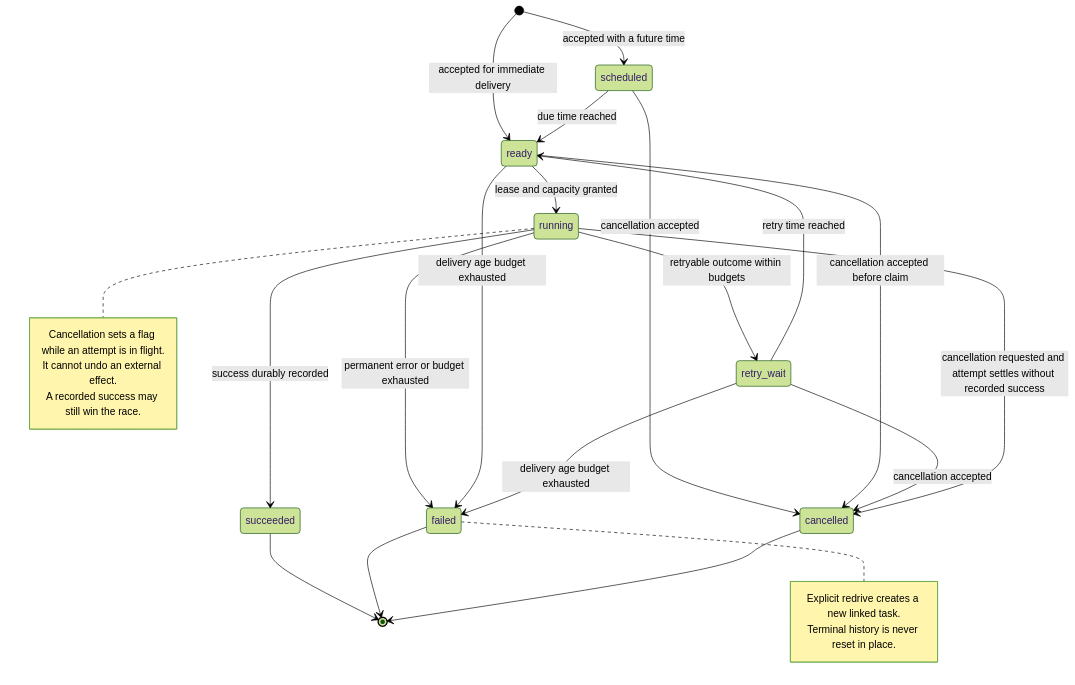
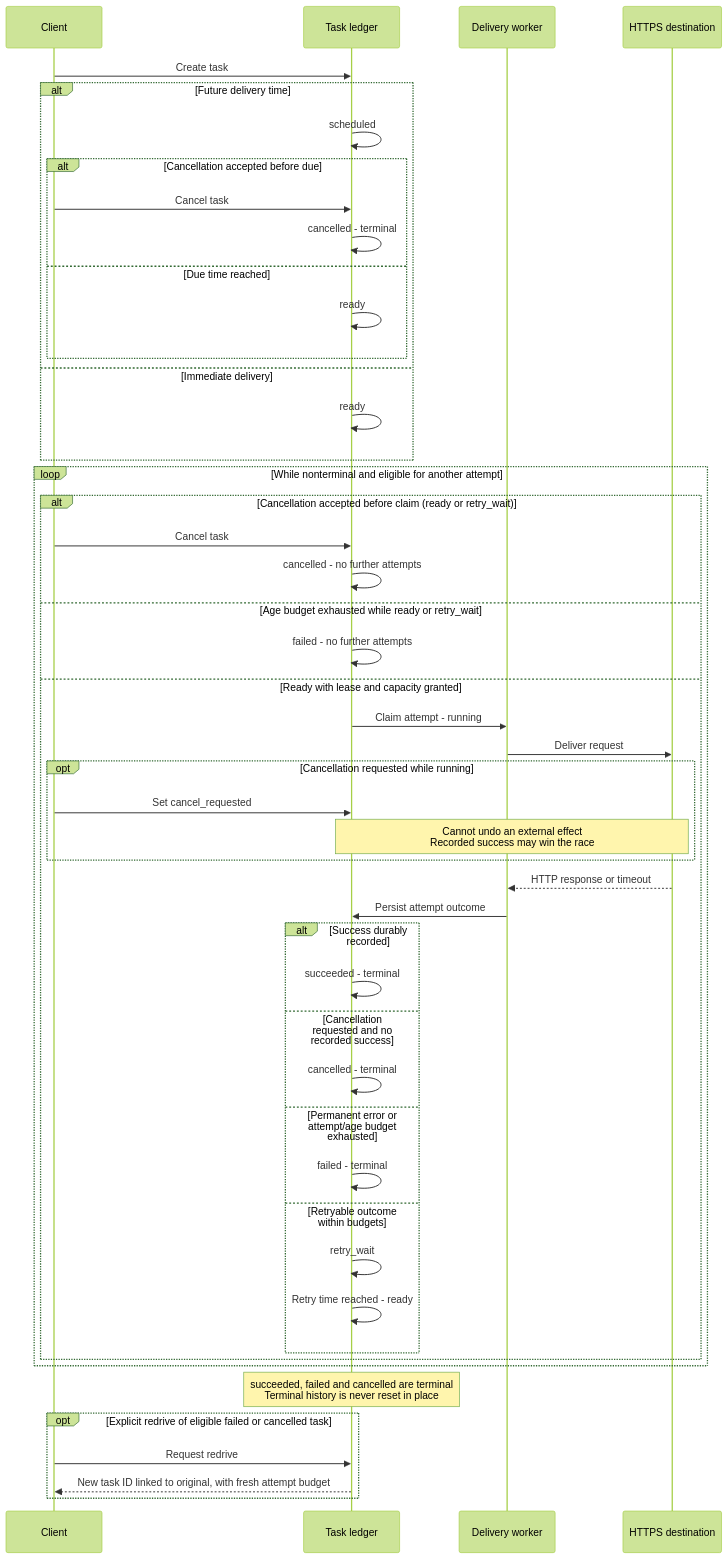
One commit to thachp/runlater changed the third of 3 diagrams in README.md. Above: the diagram before and after it, drawn with Mermaid (forest theme). The commit also changed other lines of this file, not shown here.

Commit message:
docs: describe canonical Agent Auth architecture (#93)
* docs: describe canonical Agent Auth architecture

* docs: fix Mermaid rendering and sequence task lifecycle

````diff
--- a/README.md
+++ b/README.md
@@ -106,30 +140,51 @@
 ```mermaid
-stateDiagram-v2
-    [*] --> scheduled: accepted with a future time
-    [*] --> ready: accepted for immediate delivery
-    scheduled --> ready: due time reached
-    ready --> running: lease and capacity granted
-    running --> succeeded: success durably recorded
-    running --> retry_wait: retryable outcome within budgets
-    retry_wait --> ready: retry time reached
-    running --> failed: permanent error or budget exhausted
-    ready --> failed: delivery age budget exhausted
-    retry_wait --> failed: delivery age budget exhausted
-    scheduled --> cancelled: cancellation accepted
-    ready --> cancelled: cancellation accepted before claim
-    retry_wait --> cancelled: cancellation accepted
-    running --> cancelled: cancellation requested and attempt settles without recorded success
-    succeeded --> [*]
-    failed --> [*]
-    cancelled --> [*]
-
-    note right of running
-        Cancellation sets a flag while an attempt is in flight.
-        It cannot undo an external effect.
-        A recorded success may still win the race.
-    end note
-    note right of failed
-        Explicit redrive creates a new linked task.
-        Terminal history is never reset in place.
-    end note
+sequenceDiagram
+    participant Client
+    participant Ledger as Task ledger
+    participant Worker as Delivery worker
+    participant Endpoint as HTTPS destination
+    Client->>Ledger: Create task
+    alt Future delivery time
+        Ledger->>Ledger: scheduled
+        alt Cancellation accepted before due
+            Client->>Ledger: Cancel task
+            Ledger->>Ledger: cancelled - terminal
+        else Due time reached
+            Ledger->>Ledger: ready
+        end
+    else Immediate delivery
+        Ledger->>Ledger: ready
+    end
+    loop While nonterminal and eligible for another attempt
+        alt Cancellation accepted before claim (ready or retry_wait)
+            Client->>Ledger: Cancel task
+            Ledger->>Ledger: cancelled - no further attempts
+        else Age budget exhausted while ready or retry_wait
+            Ledger->>Ledger: failed - no further attempts
+        else Ready with lease and capacity granted
+            Ledger->>Worker: Claim attempt - running
+            Worker->>Endpoint: Deliver request
+            opt Cancellation requested while running
+                Client->>Ledger: Set cancel_requested
+                Note over Ledger,Endpoint: Cannot undo an external effect<br/>Recorded success may win the race
+            end
+            Endpoint-->>Worker: HTTP response or timeout
+            Worker->>Ledger: Persist attempt outcome
+            alt Success durably recorded
+                Ledger->>Ledger: succeeded - terminal
+            else Cancellation requested and no recorded success
+                Ledger->>Ledger: cancelled - terminal
+            else Permanent error or attempt/age budget exhausted
+                Ledger->>Ledger: failed - terminal
+            else Retryable outcome within budgets
+                Ledger->>Ledger: retry_wait
+                Ledger->>Ledger: Retry time reached - ready
+            end
+        end
+    end
+    Note over Ledger: succeeded, failed and cancelled are terminal<br/>Terminal history is never reset in place
+    opt Explicit redrive of eligible failed or cancelled task
+        Client->>Ledger: Request redrive
+        Ledger-->>Client: New task ID linked to original, with fresh attempt budget
+    end
 ```
````
